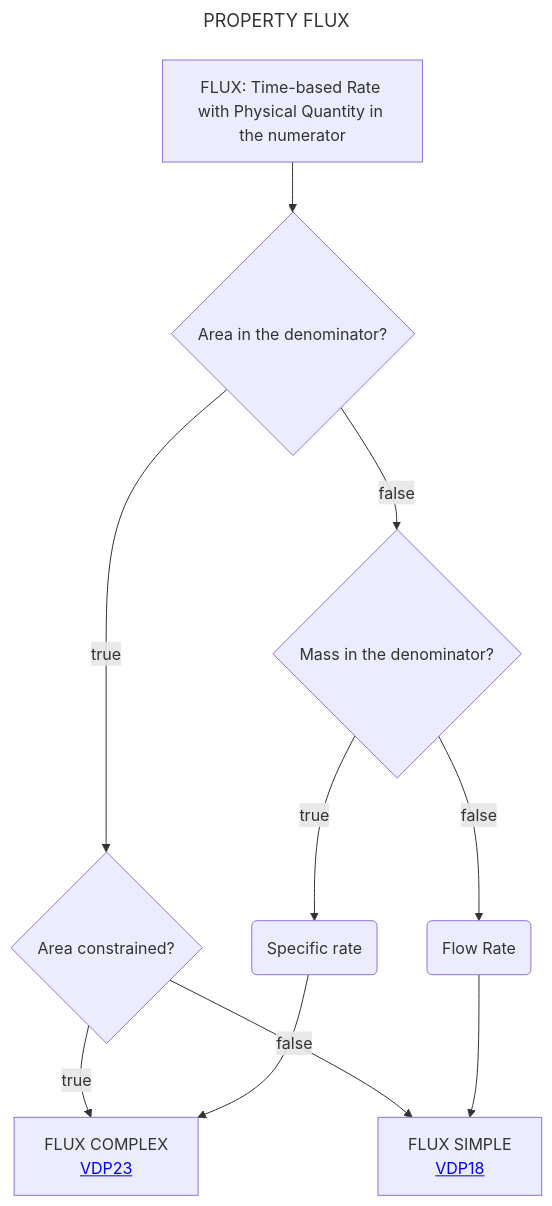
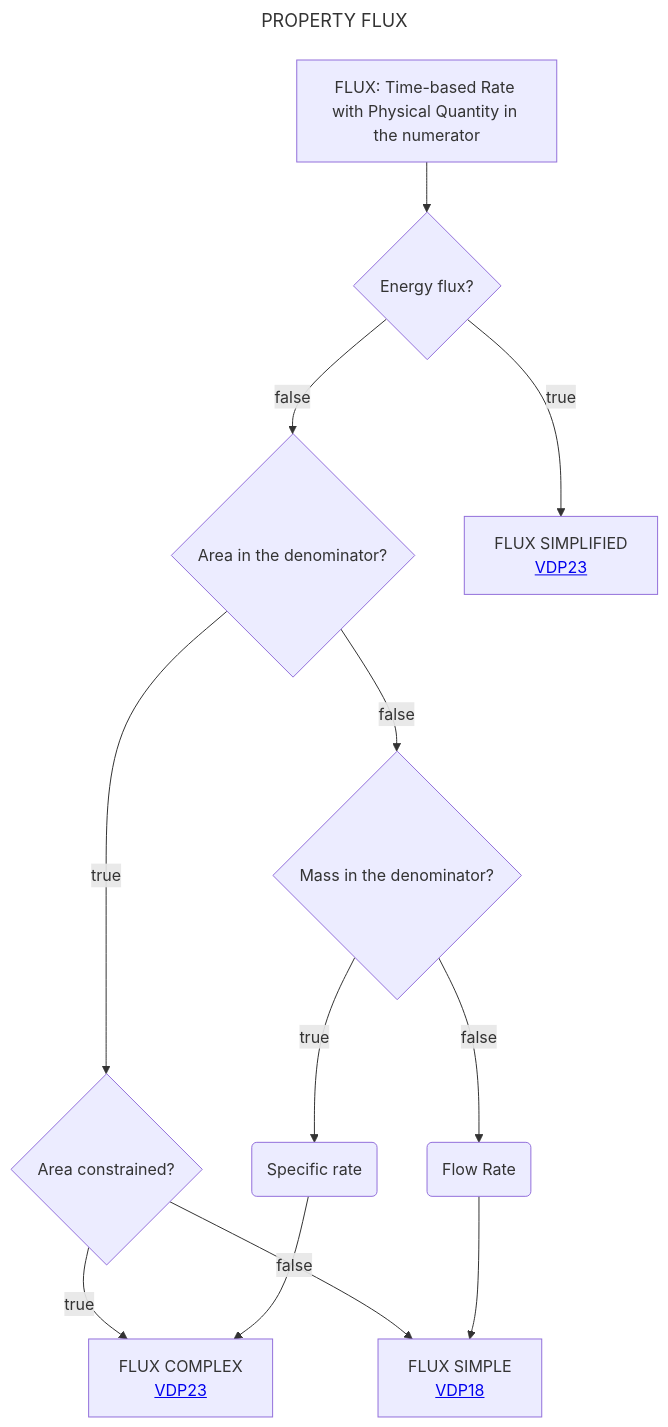
Before and after one commit to mabablue/I-ADOPT-patterns-playground: the diagram in Decisition_trees/DT3.mmd, drawn with Mermaid.

```diff
--- a/Decisition_trees/DT3.mmd
+++ b/Decisition_trees/DT3.mmd
@@ -1,13 +1,15 @@
 ---
 title: PROPERTY FLUX
 ---
 flowchart TD
-    A[FLUX: Time-based Rate with Physical Quantity in the numerator] --> E{Area in the denominator?}
+    A[FLUX: Time-based Rate with Physical Quantity in the numerator] --> B{Energy flux?}
+    B --> |false|E{Area in the denominator?}
+    B --> |true|C[FLUX SIMPLIFIED <br> <a href='https://github.com/mabablue/I-ADOPT-patterns-playground/blob/main/pattern/VDP23.yaml'>VDP23</a>]
     E --> |true|F{Area constrained?}
     E --> |false|K{Mass in the denominator?} 
     F --> |true|G[FLUX COMPLEX <br> <a href='https://github.com/mabablue/I-ADOPT-patterns-playground/blob/main/pattern/VDP23.yaml'>VDP23</a>]
     F --> |false|H[FLUX SIMPLE <br> <a href='https://github.com/mabablue/I-ADOPT-patterns-playground/blob/main/pattern/VDP18.yaml'>VDP18</a>]
     K --> |true|L(Specific rate)
     L --> G
     K --> |false|M(Flow Rate)
     M --> H
```
